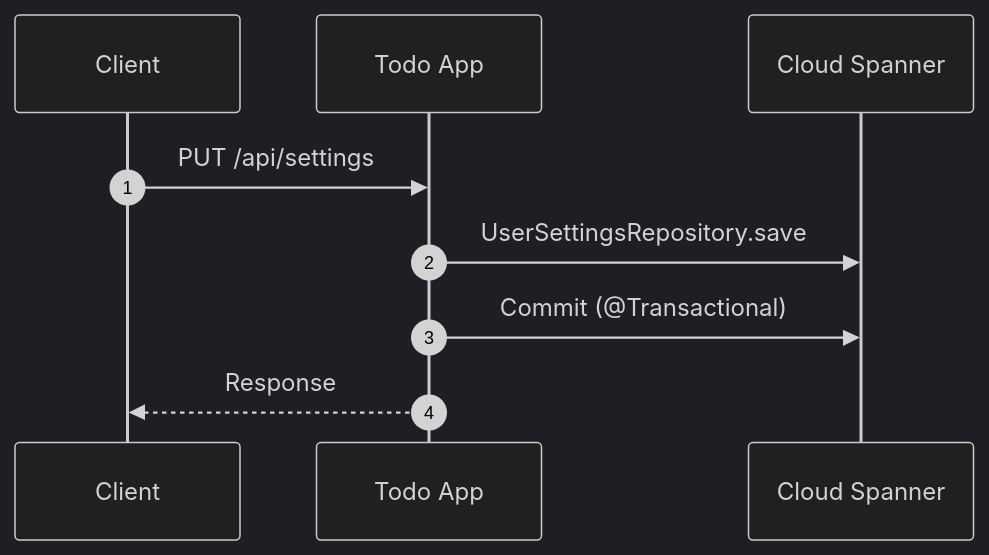
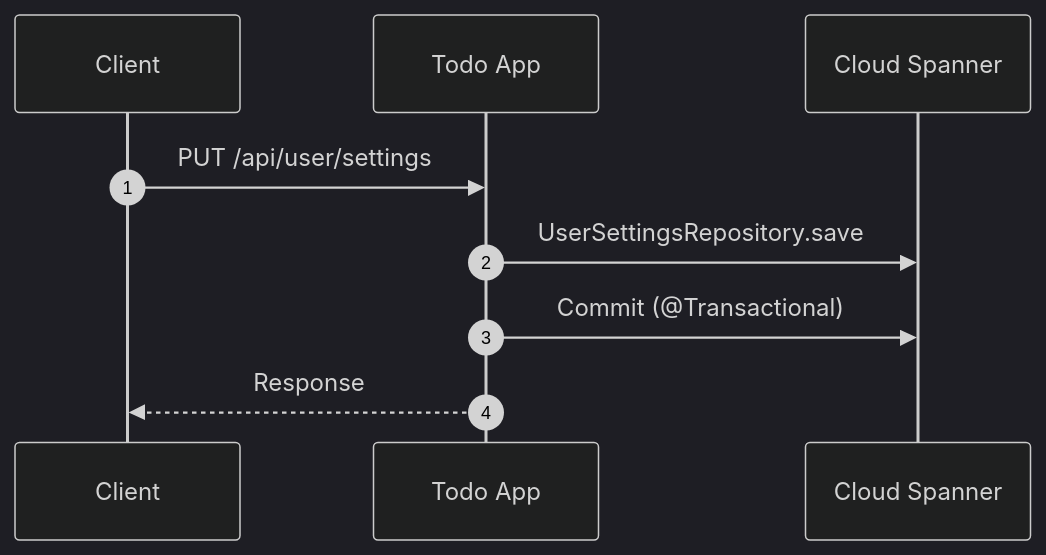
The third of 21 diagrams in docs/architecture/external-connection-order.md (tom009924/sandbox), drawn with Mermaid (dark theme) before and after one commit. The commit also changed other lines of this file, not shown here.

Commit message:
docs: add Project endpoints and user settings paths to external connection diagram

````diff
--- a/docs/architecture/external-connection-order.md
+++ b/docs/architecture/external-connection-order.md
@@ -53,11 +61,11 @@
 ```mermaid
 sequenceDiagram
     autonumber
     participant Client
     participant App as Todo App
     participant Spanner as Cloud Spanner
-    Client->>App: PUT /api/settings
+    Client->>App: PUT /api/user/settings
     App->>Spanner: UserSettingsRepository.save
     App->>Spanner: Commit (@Transactional)
     App-->>Client: Response
 ```
````
